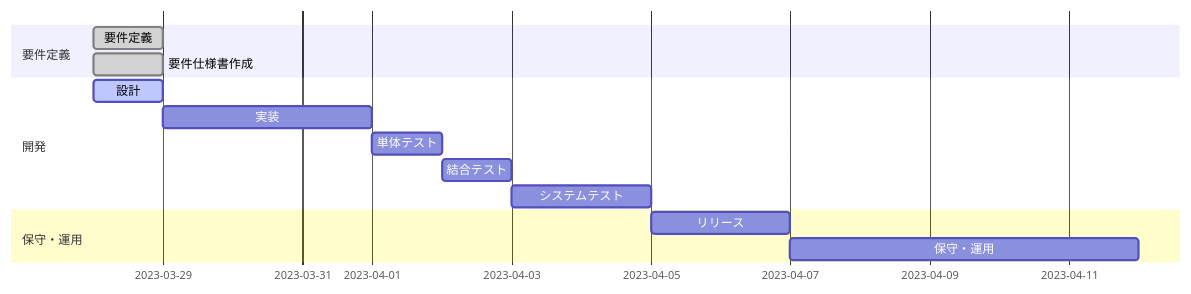
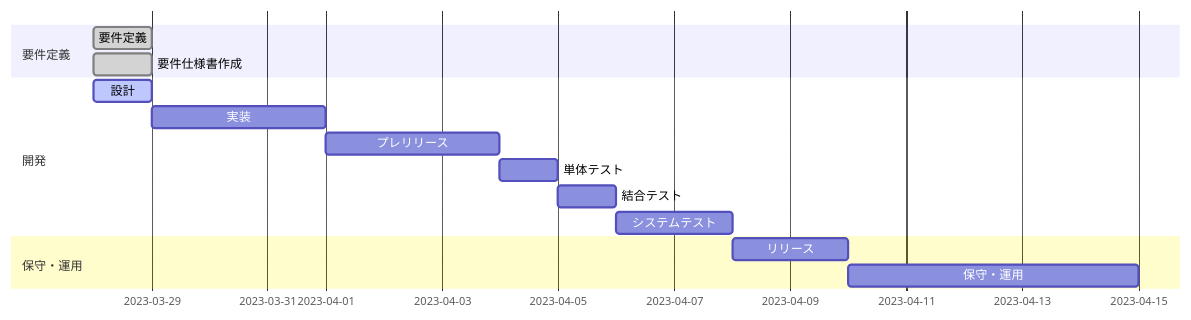
One commit to yumekiti-archive/ClubsActivity changed the first of 2 diagrams in README.md. Above: the diagram before and after it, drawn with Mermaid. The commit also changed other lines of this file, not shown here.

````diff
--- a/README.md
+++ b/README.md
@@ -87,18 +23,19 @@
 ```mermaid
 gantt
 
 section 要件定義
 要件定義 :done, des1, 2023-03-28, 1d
 要件仕様書作成 :done, des2, 2023-03-28, 1d
 
 section 開発
 設計 :active, des3, 2023-03-28, 1d
 実装 : des4, after des3, 3d
-単体テスト : des5, after des4, 1d
-結合テスト : des6, after des5, 1d
-システムテスト : des7, after des6, 2d
+プレリリース : des5, after des4, 3d
+単体テスト : des6, after des5, 1d
+結合テスト : des7, after des6, 1d
+システムテスト : des8, after des7, 2d
 
 section 保守・運用
-リリース : des8, after des7, 2d
-保守・運用 : des9, after des8, 5d
+リリース : des9, after des8, 2d
+保守・運用 : des10, after des9, 5d
 ```
````
